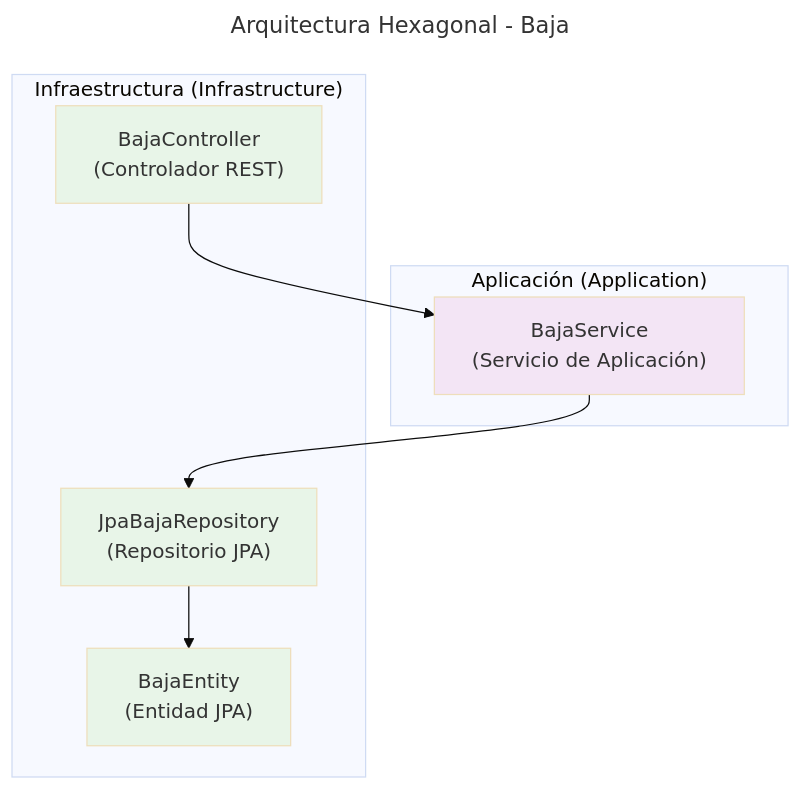
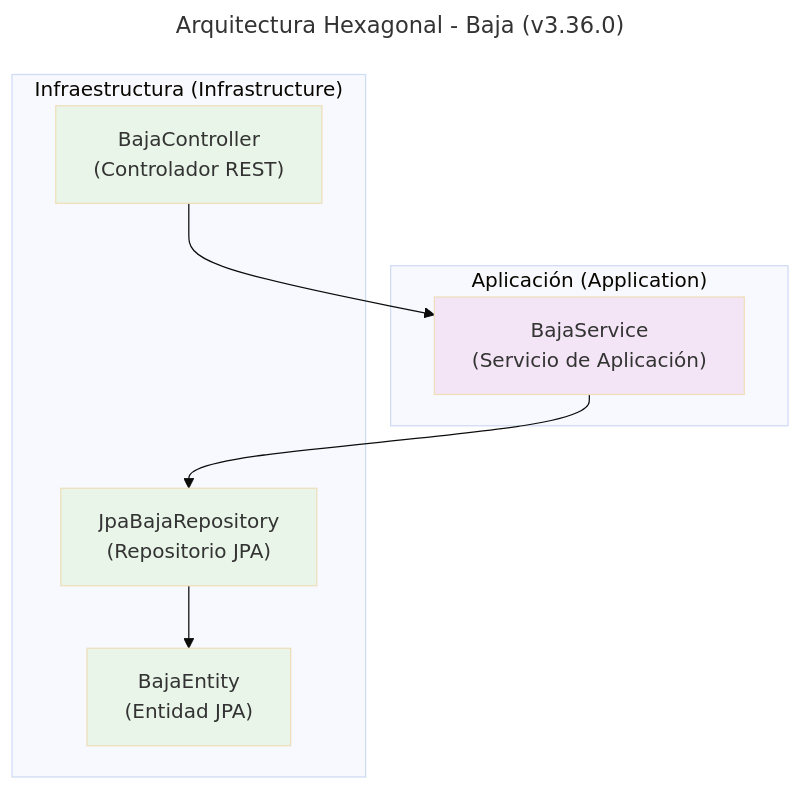
Before and after one commit to UM-services/UM.tesoreria.core-service: the diagram in docs/hexagonal-baja.mmd, drawn with Mermaid (base theme). The commit also changed 356 other files, not shown here.

First line of the commit message:
refactor(hexagonal): reorganizar bounded contexts y migrar servicios a arquitectura hexagonal

```diff
--- a/docs/hexagonal-baja.mmd
+++ b/docs/hexagonal-baja.mmd
@@ -1,22 +1,22 @@
 ---
-title: Arquitectura Hexagonal - Baja
+title: Arquitectura Hexagonal - Baja (v3.36.0)
 ---
 flowchart TD
     subgraph Aplicacion ["Aplicación (Application)"]
         S["BajaService<br/>(Servicio de Aplicación)"]
     end
 
     subgraph Infraestructura ["Infraestructura (Infrastructure)"]
         C["BajaController<br/>(Controlador REST)"]
         R["JpaBajaRepository<br/>(Repositorio JPA)"]
         E["BajaEntity<br/>(Entidad JPA)"]
     end
 
     C --> S
     S --> R
     R --> E
 
     style S fill:#f3e5f5
     style C fill:#e8f5e8
     style R fill:#e8f5e8
     style E fill:#e8f5e8
```
